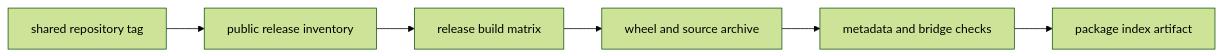
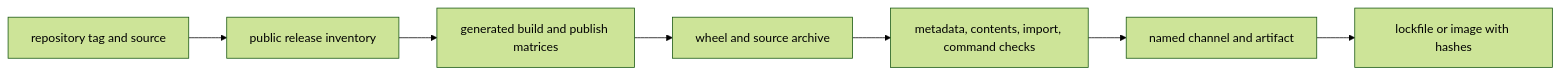
The diagram in docs/08-compat-packages/migration/release-policy.md (bijux/bijux-canon), drawn with Mermaid (forest theme) before and after one commit. The commit also changed other lines of this file and 1 other file, not shown here.

Commit message:
docs(compat): define release and validation evidence

````diff
--- a/docs/08-compat-packages/migration/release-policy.md
+++ b/docs/08-compat-packages/migration/release-policy.md
@@ -19,11 +20,12 @@
 ```mermaid
 flowchart LR
-    tag["shared repository tag"]
+    source["repository tag and source"]
     eligible["public release inventory"]
-    selected["release build matrix"]
+    selected["generated build and publish matrices"]
     built["wheel and source archive"]
-    verified["metadata and bridge checks"]
-    published["package index artifact"]
+    verified["metadata, contents, import, command checks"]
+    published["named channel and artifact"]
+    consumed["lockfile or image with hashes"]
 
-    tag --> eligible --> selected --> built --> verified --> published
+    source --> eligible --> selected --> built --> verified --> published --> consumed
 ```
````
